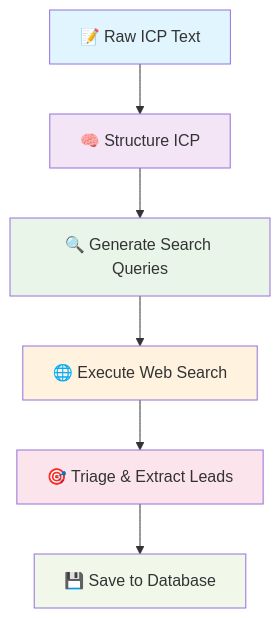
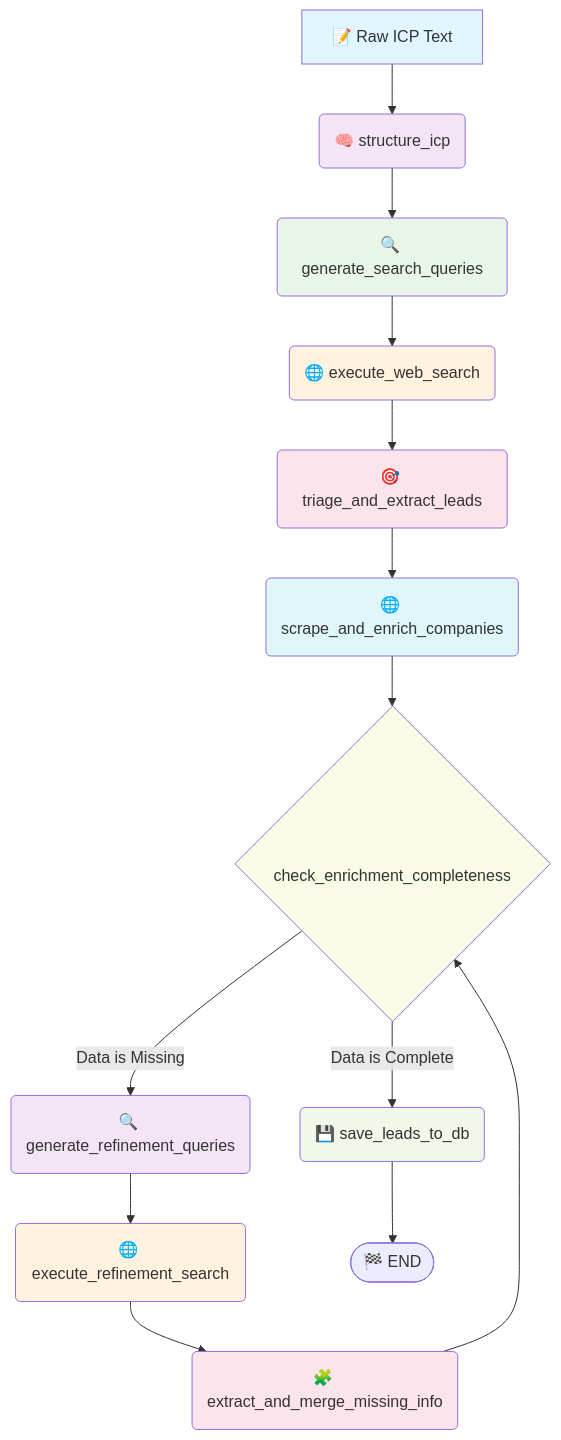
The diagram in README.md (elio-longevai/medicapital-lead-generator), drawn with Mermaid before and after one commit. The commit also changed other lines of this file and 4 other files, not shown here.

````diff
--- a/README.md
+++ b/README.md
@@ -39,15 +39,27 @@
 ```mermaid
 graph TD
-    A[📝 Raw ICP Text] --> B[🧠 Structure ICP]
-    B --> C[🔍 Generate Search Queries]
-    C --> D[🌐 Execute Web Search]
-    D --> E[🎯 Triage & Extract Leads]
-    E --> F[💾 Save to Database]
-    
+    A[📝 Raw ICP Text] --> B(🧠 structure_icp);
+    B --> C(🔍 generate_search_queries);
+    C --> D(🌐 execute_web_search);
+    D --> E(🎯 triage_and_extract_leads);
+    E --> F(🌐 scrape_and_enrich_companies);
+    F --> G{<br/>check_enrichment_completeness};
+    G -- "Data is Complete" --> K(💾 save_leads_to_db);
+    G -- "Data is Missing" --> H(🔍 generate_refinement_queries);
+    H --> I(🌐 execute_refinement_search);
+    I --> J(🧩 extract_and_merge_missing_info);
+    J --> G;
+    K --> L([🏁 END]);
+
     style A fill:#e1f5fe
     style B fill:#f3e5f5
     style C fill:#e8f5e8
     style D fill:#fff3e0
     style E fill:#fce4ec
-    style F fill:#f1f8e9
+    style F fill:#e0f7fa
+    style G fill:#f9fbe7
+    style H fill:#f3e5f5
+    style I fill:#fff3e0
+    style J fill:#fce4ec
+    style K fill:#f1f8e9
 ```
````
